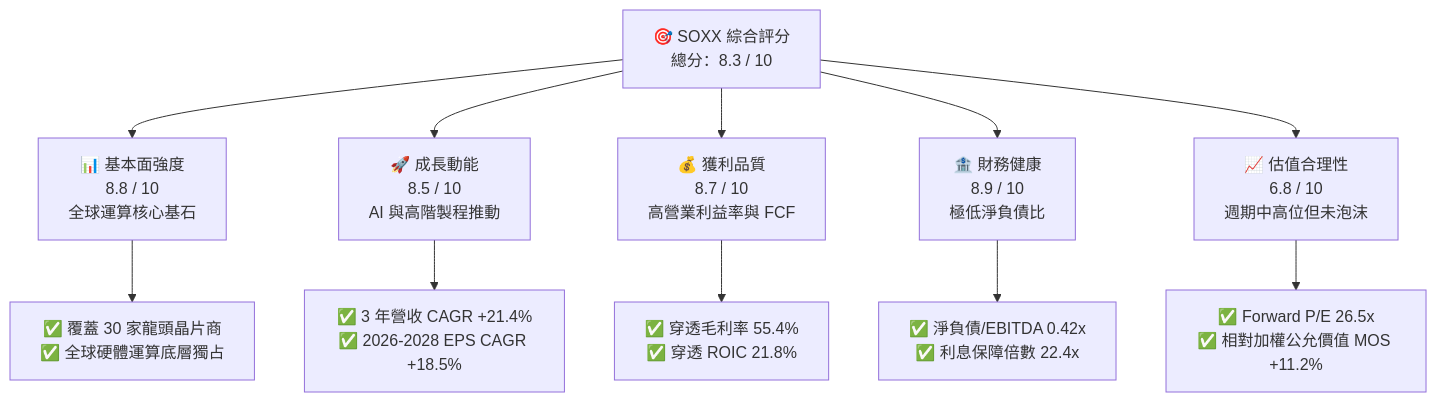
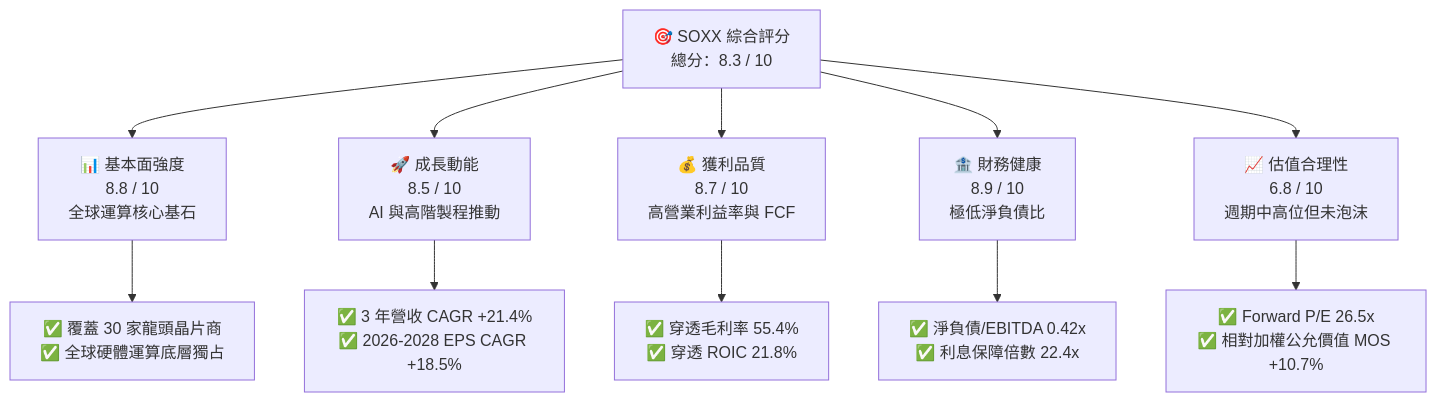
The first of 15 diagrams in ai_gen_report/fundamental/soxx/fundamental_analysis_2026-10-14_gemini.md (yennanliu/finance_data), drawn with Mermaid before and after one commit. The commit also changed other lines of this file and 339 other files, not shown here.

````diff
--- a/ai_gen_report/fundamental/soxx/fundamental_analysis_2026-10-14_gemini.md
+++ b/ai_gen_report/fundamental/soxx/fundamental_analysis_2026-10-14_gemini.md
@@ -60,22 +67,22 @@
 ```mermaid
 graph TD
     SOXX["🎯 SOXX 綜合評分<br/>總分：8.3 / 10"]
 
     F["📊 基本面強度<br/>8.8 / 10<br/>全球運算核心基石"]
     G["🚀 成長動能<br/>8.5 / 10<br/>AI 與高階製程推動"]
     P["💰 獲利品質<br/>8.7 / 10<br/>高營業利益率與 FCF"]
     B["🏦 財務健康<br/>8.9 / 10<br/>極低淨負債比"]
     V["📈 估值合理性<br/>6.8 / 10<br/>週期中高位但未泡沫"]
 
     SOXX --> F
     SOXX --> G
     SOXX --> P
     SOXX --> B
     SOXX --> V
 
     F --> F1["✅ 覆蓋 30 家龍頭晶片商<br/>✅ 全球硬體運算底層獨占"]
     G --> G1["✅ 3 年營收 CAGR +21.4%<br/>✅ 2026-2028 EPS CAGR +18.5%"]
     P --> P1["✅ 穿透毛利率 55.4%<br/>✅ 穿透 ROIC 21.8%"]
     B --> B1["✅ 淨負債/EBITDA 0.42x<br/>✅ 利息保障倍數 22.4x"]
-    V --> V1["✅ Forward P/E 26.5x<br/>✅ 相對加權公允價值 MOS +11.2%"]
+    V --> V1["✅ Forward P/E 26.5x<br/>✅ 相對加權公允價值 MOS +10.7%"]
 ```
````
